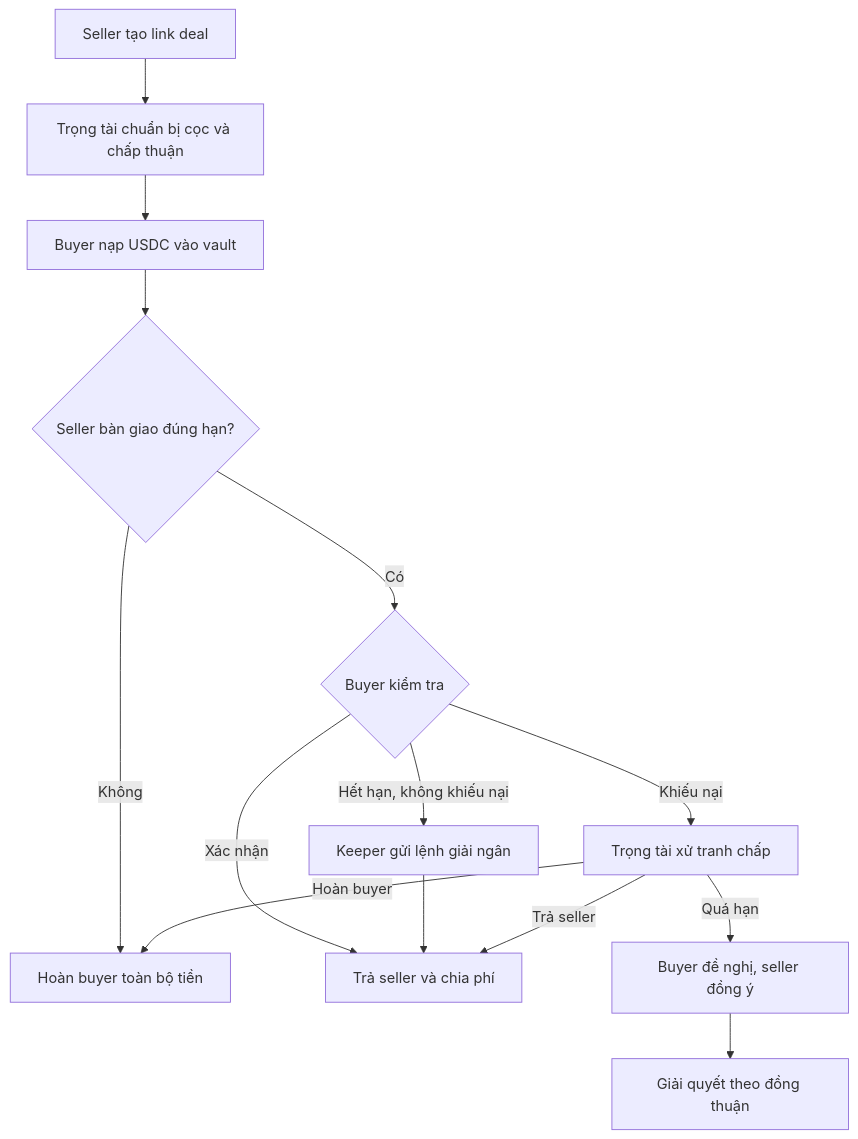
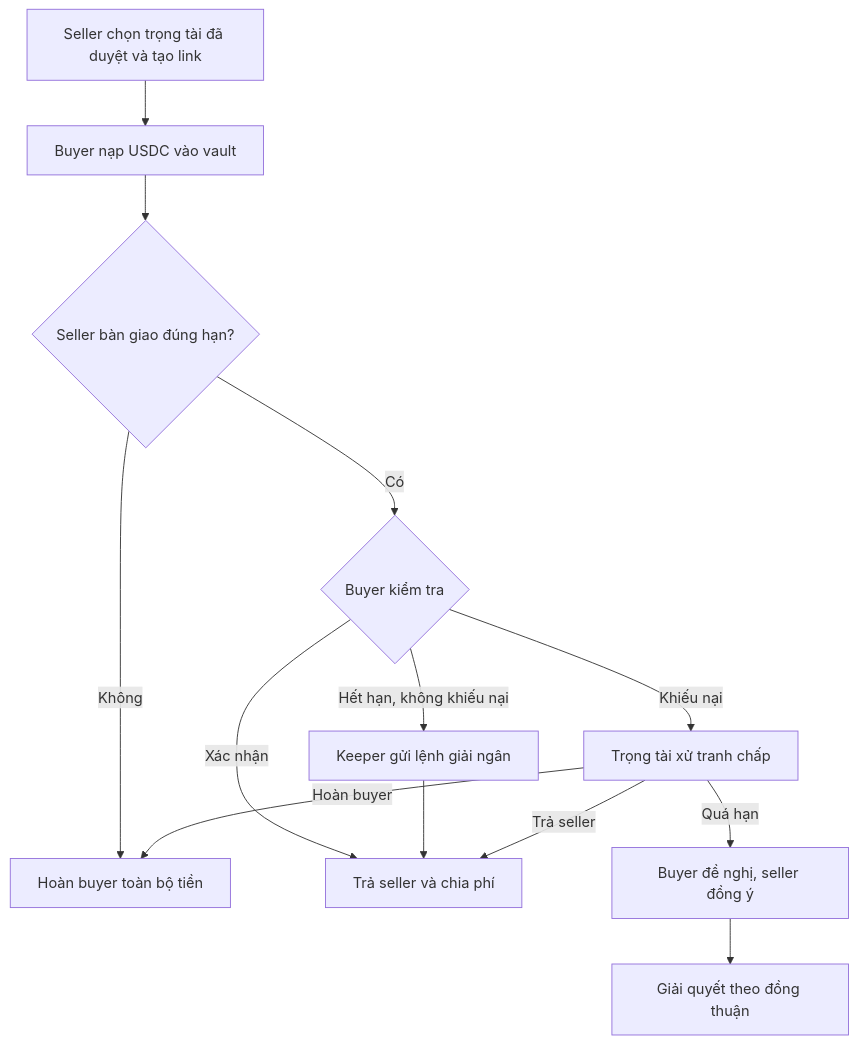
The diagram in README.md (2274802010922/pipicachu), drawn with Mermaid before and after one commit. The commit also changed other lines of this file and 20 other files, not shown here.

First line of the commit message:
docs: hoàn tất bằng chứng và hướng dẫn flow trọng tài cọc trước

````diff
--- a/README.md
+++ b/README.md
@@ -41,16 +45,15 @@
 ```mermaid
 flowchart TD
-  A[Seller tạo link deal] --> B[Trọng tài chuẩn bị cọc và chấp thuận]
-  B --> C[Buyer nạp USDC vào vault]
+  A[Seller chọn trọng tài đã duyệt và tạo link] --> C[Buyer nạp USDC vào vault]
   C --> D{Seller bàn giao đúng hạn?}
   D -->|Không| E[Hoàn buyer toàn bộ tiền]
   D -->|Có| F{Buyer kiểm tra}
   F -->|Xác nhận| G[Trả seller và chia phí]
   F -->|Hết hạn, không khiếu nại| H[Keeper gửi lệnh giải ngân]
   H --> G
   F -->|Khiếu nại| I[Trọng tài xử tranh chấp]
   I -->|Trả seller| G
   I -->|Hoàn buyer| E
   I -->|Quá hạn| J[Buyer đề nghị, seller đồng ý]
   J --> K[Giải quyết theo đồng thuận]
 ```
````
